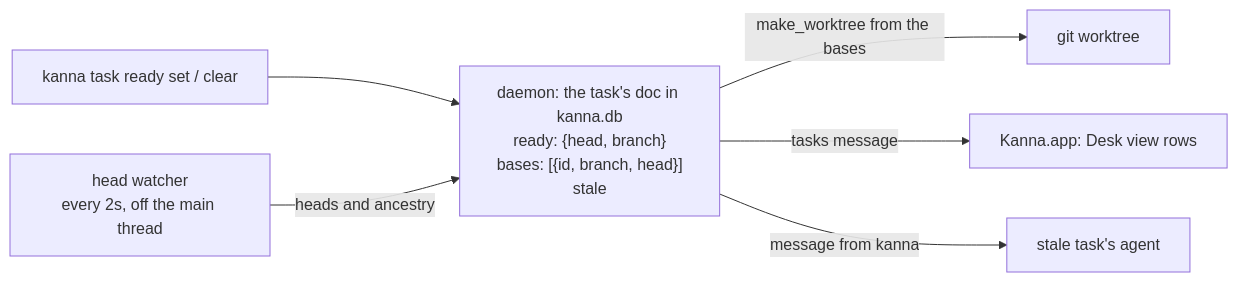
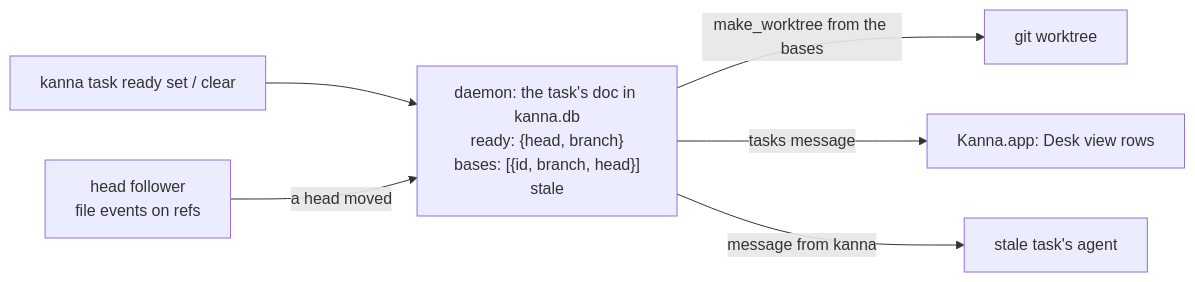
The third of 3 diagrams in docs/specs/stacked-tasks.md (tampopogk/kanna), drawn with Mermaid before and after one commit. The commit also changed other lines of this file and 3 other files, not shown here.

Commit message:
Stacked tasks: follow ready branches' heads with file events on the repo's refs, not a 2s poll

````diff
--- a/docs/specs/stacked-tasks.md
+++ b/docs/specs/stacked-tasks.md
@@ -98,8 +98,8 @@
 ```mermaid
 flowchart LR
     CLI["kanna task ready set / clear"] --> D["daemon: the task's doc in kanna.db<br/>ready: {head, branch}<br/>bases: [{id, branch, head}]<br/>stale"]
-    W["head watcher<br/>every 2s, off the main thread"] -->|"heads and ancestry"| D
+    W["head follower<br/>file events on refs"] -->|"a head moved"| D
     D -->|"make_worktree from the bases"| G["git worktree"]
     D -->|"tasks message"| APP["Kanna.app: Desk view rows"]
     D -->|"message from kanna"| AG["stale task's agent"]
 ```
````
